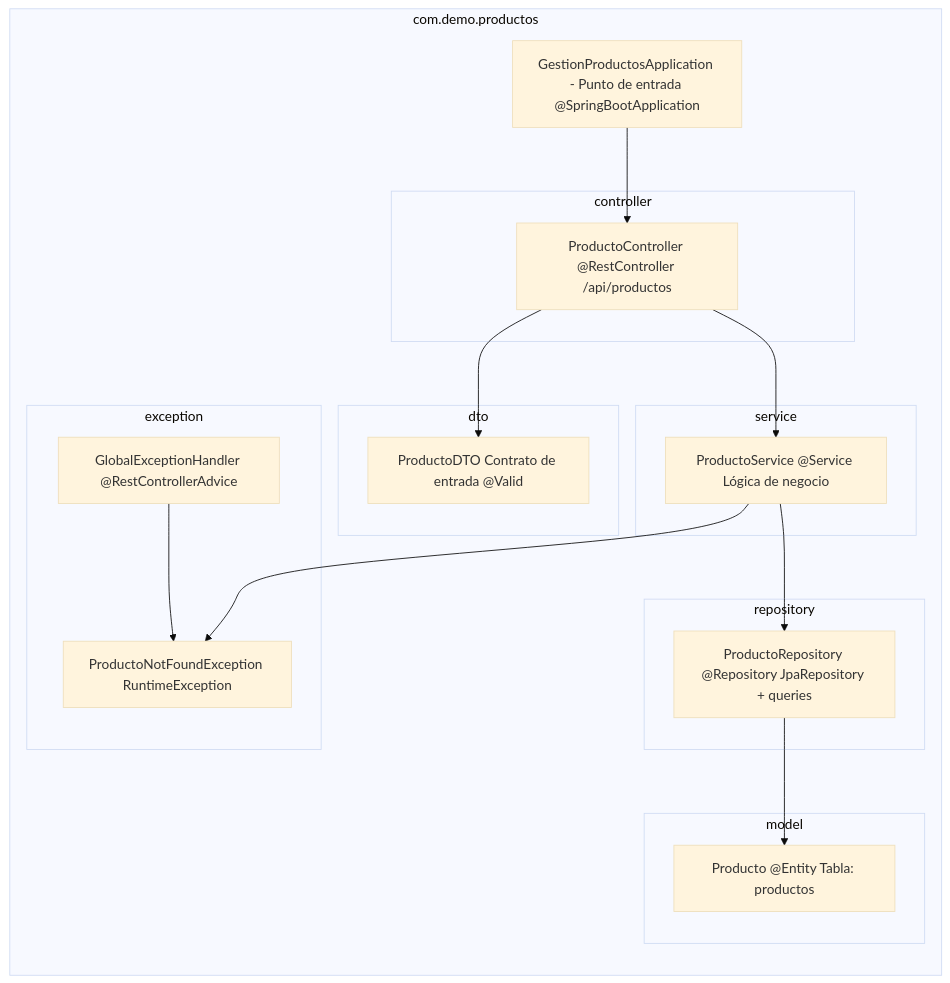
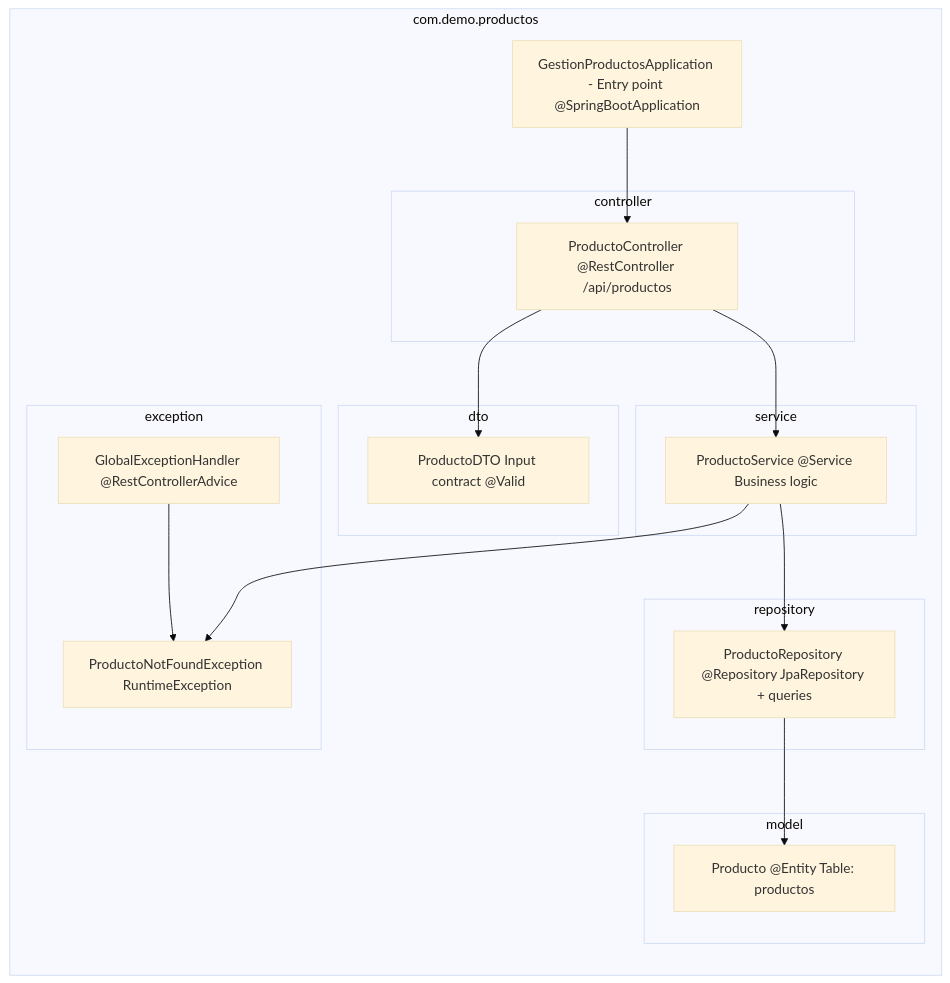
The fourth of 4 diagrams in ARCHITECTURE.md (capvasqu/gestion-productos), drawn with Mermaid (base theme) before and after one commit. The commit also changed other lines of this file and 2 other files, not shown here.

````diff
--- a/ARCHITECTURE.md
+++ b/ARCHITECTURE.md
@@ -160,40 +160,40 @@
 ```mermaid
 graph LR
     subgraph com.demo.productos
         direction TB
-        A["GestionProductosApplication - Punto de entrada @SpringBootApplication"]
+        A["GestionProductosApplication - Entry point @SpringBootApplication"]
 
         subgraph controller
             B["ProductoController @RestController /api/productos"]
         end
 
         subgraph service
-            C["ProductoService @Service Lógica de negocio"]
+            C["ProductoService @Service Business logic"]
         end
 
         subgraph repository
             D["ProductoRepository @Repository JpaRepository + queries"]
         end
 
         subgraph model
-            E["Producto @Entity Tabla: productos"]
+            E["Producto @Entity Table: productos"]
         end
 
         subgraph dto
-            F["ProductoDTO Contrato de entrada @Valid"]
+            F["ProductoDTO Input contract @Valid"]
         end
 
         subgraph exception
             G["ProductoNotFoundException RuntimeException"]
             H["GlobalExceptionHandler @RestControllerAdvice"]
         end
     end
 
     A --> B
     B --> C
     B --> F
     C --> D
     C --> G
     D --> E
     H --> G
 ```
````
